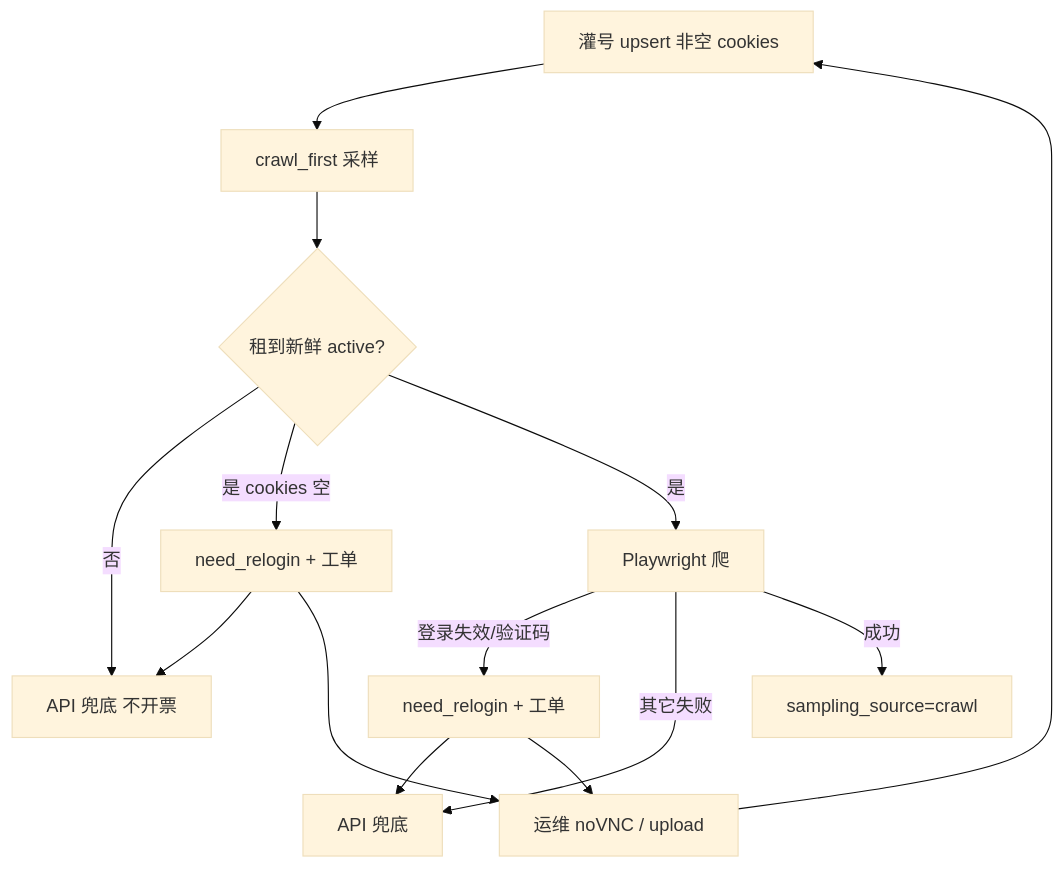
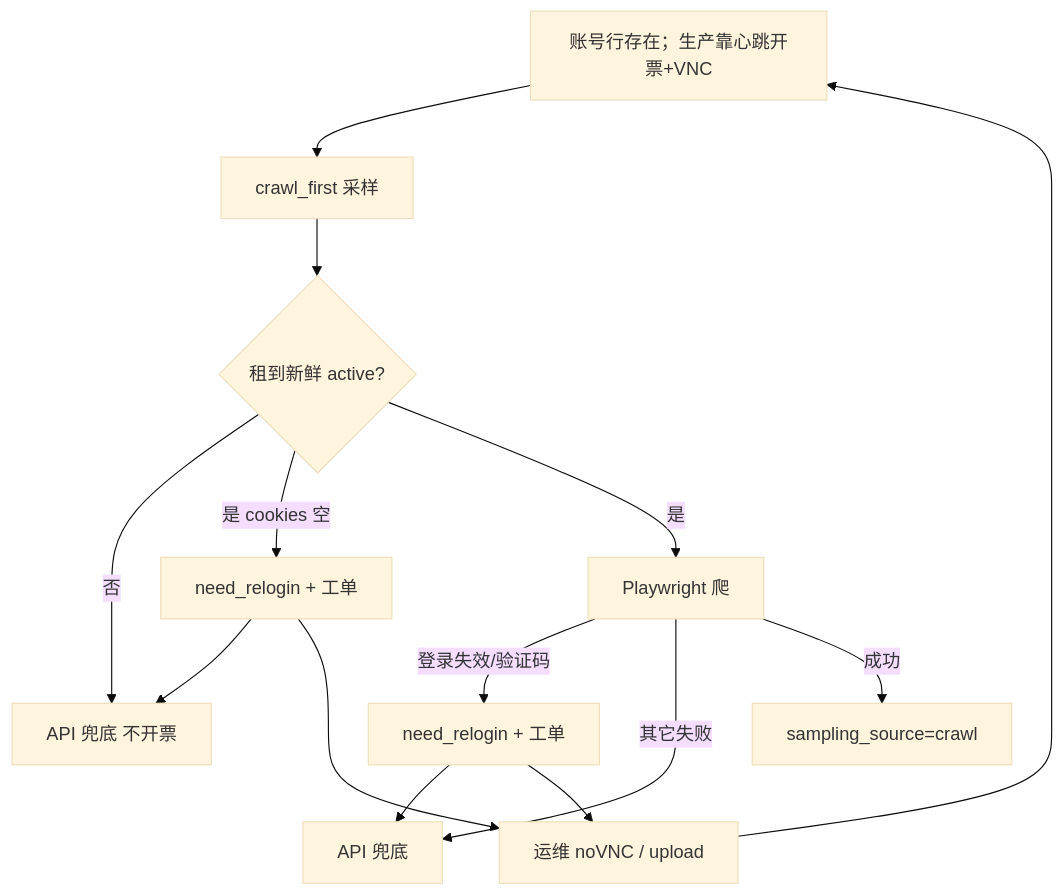
One commit to HBinLiu/arbin-aperix-geo changed the second of 2 diagrams in docs/09-爬虫采样.md. Above: the diagram before and after it, drawn with Mermaid (base theme). The commit also changed other lines of this file and 3 other files, not shown here.

````diff
--- a/docs/09-爬虫采样.md
+++ b/docs/09-爬虫采样.md
@@ -280,16 +282,16 @@
 ```mermaid
 flowchart TD
-  prep[灌号 upsert 非空 cookies] --> sample[crawl_first 采样]
+  prep[账号行存在；生产靠心跳开票+VNC] --> sample[crawl_first 采样]
   sample --> acquire{租到新鲜 active?}
   acquire -->|否| api1[API 兜底 不开票]
   acquire -->|是 cookies 空| ticket0[need_relogin + 工单]
   acquire -->|是| crawl[Playwright 爬]
   crawl -->|登录失效/验证码| ticket[need_relogin + 工单]
   crawl -->|其它失败| api2[API 兜底]
   crawl -->|成功| ok[sampling_source=crawl]
   ticket0 --> api1
   ticket --> api2
   ticket --> novnc[运维 noVNC / upload]
   ticket0 --> novnc
   novnc --> prep
 ```
````
